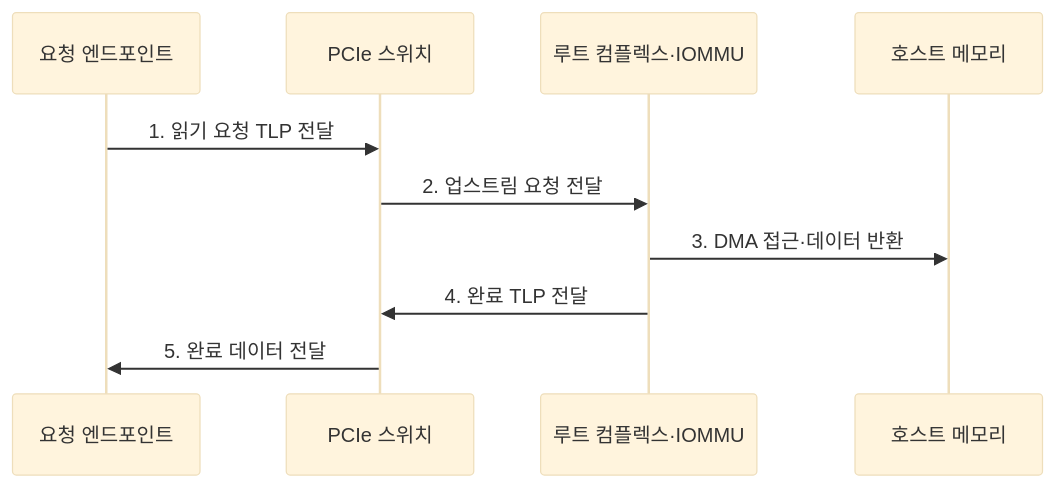
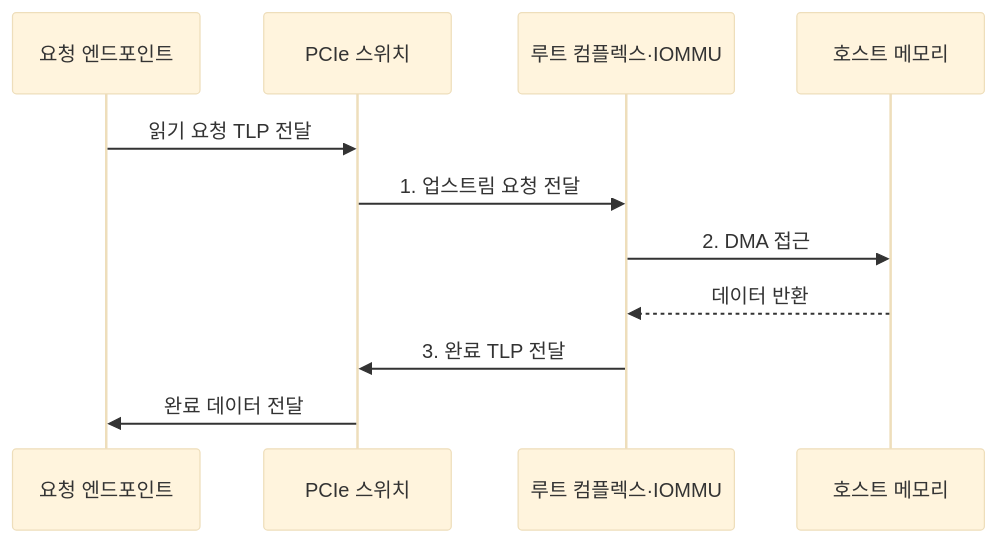
The second of 2 diagrams in src/content/docs/notes/02-hardware/079_pcie_switching.md (agnusdei1207/knowledge-base), drawn with Mermaid (base theme) before and after one commit. The commit also changed other lines of this file and 19 other files, not shown here.

````diff
--- a/src/content/docs/notes/02-hardware/079_pcie_switching.md
+++ b/src/content/docs/notes/02-hardware/079_pcie_switching.md
@@ -91,13 +93,14 @@
 ```mermaid
 sequenceDiagram
     participant E as 요청 엔드포인트
     participant S as PCIe 스위치
     participant R as 루트 컴플렉스·IOMMU
     participant M as 호스트 메모리
 
-    E->>S: 1. 읽기 요청 TLP 전달
-    S->>R: 2. 업스트림 요청 전달
-    R->>M: 3. DMA 접근·데이터 반환
-    R->>S: 4. 완료 TLP 전달
-    S->>E: 5. 완료 데이터 전달
+    E->>S: 읽기 요청 TLP 전달
+    S->>R: 1. 업스트림 요청 전달
+    R->>M: 2. DMA 접근
+    M-->>R: 데이터 반환
+    R->>S: 3. 완료 TLP 전달
+    S->>E: 완료 데이터 전달
 ```
````
